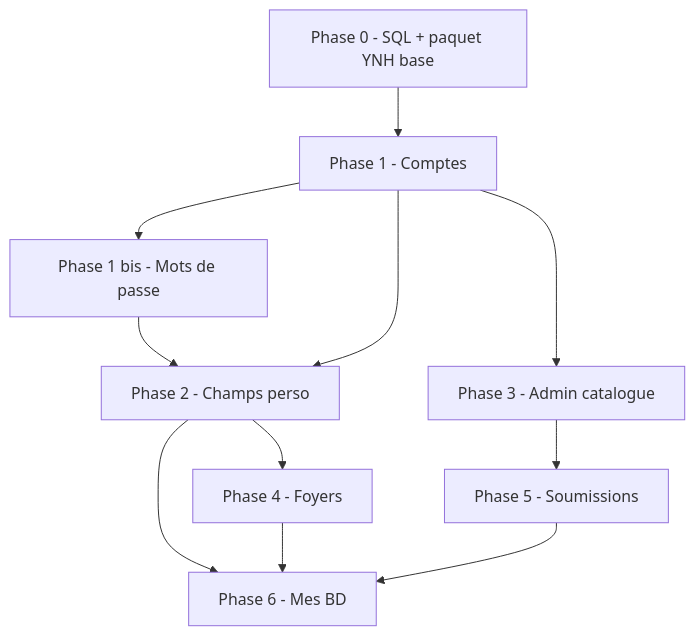
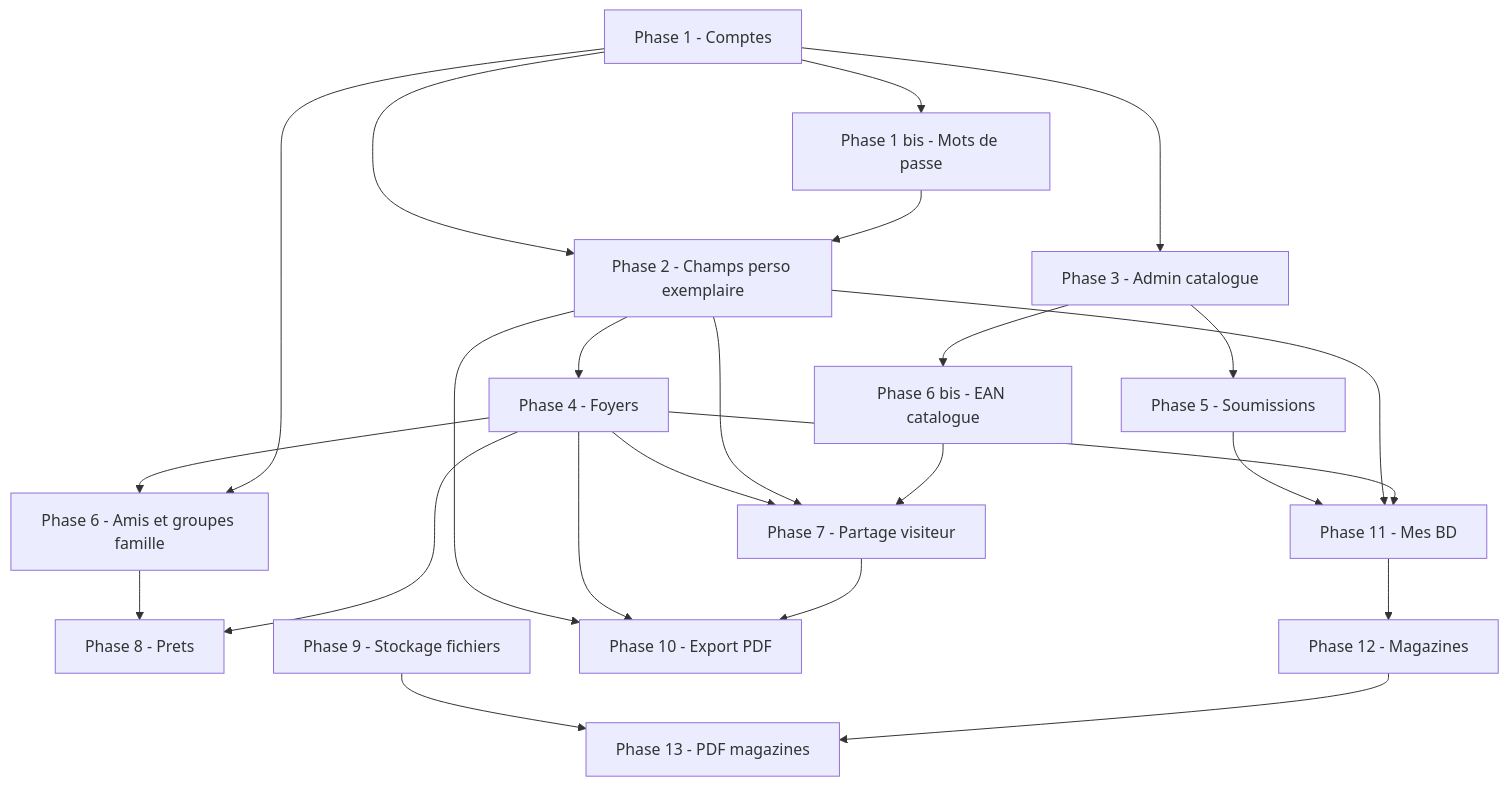
Before and after one commit to daryl40000/Moncine-yunohost: the first of 3 diagrams in ROADMAP.md, drawn with Mermaid. The commit also changed other lines of this file and 48 other files, not shown here.

````diff
--- a/ROADMAP.md
+++ b/ROADMAP.md
@@ -323,22 +103,42 @@
 ```mermaid
 flowchart TD
-    P0[Phase 0 - SQL + paquet YNH base]
     P1[Phase 1 - Comptes]
     P1b[Phase 1 bis - Mots de passe]
-    P2[Phase 2 - Champs perso]
+    P2[Phase 2 - Champs perso exemplaire]
     P3[Phase 3 - Admin catalogue]
     P4[Phase 4 - Foyers]
     P5[Phase 5 - Soumissions]
-    P6[Phase 6 - Mes BD]
+    P6[Phase 6 - Amis et groupes famille]
+    P6b[Phase 6 bis - EAN catalogue]
+    P7[Phase 7 - Partage visiteur]
+    P8[Phase 8 - Prets]
+    P9[Phase 9 - Stockage fichiers]
+    P10[Phase 10 - Export PDF]
+    P11[Phase 11 - Mes BD]
+    P12[Phase 12 - Magazines]
+    P13[Phase 13 - PDF magazines]
 
-    P0 --> P1
     P1 --> P1b
-    P1b --> P2
     P1 --> P2
     P1 --> P3
+    P1b --> P2
     P2 --> P4
     P3 --> P5
-    P2 --> P6
     P4 --> P6
-    P5 --> P6
+    P1 --> P6
+    P4 --> P7
+    P2 --> P7
+    P3 --> P6b
+    P6b --> P7
+    P6 --> P8
+    P4 --> P8
+    P9 --> P13
+    P2 --> P10
+    P4 --> P10
+    P7 --> P10
+    P5 --> P11
+    P2 --> P11
+    P4 --> P11
+    P11 --> P12
+    P12 --> P13
 ```
````
